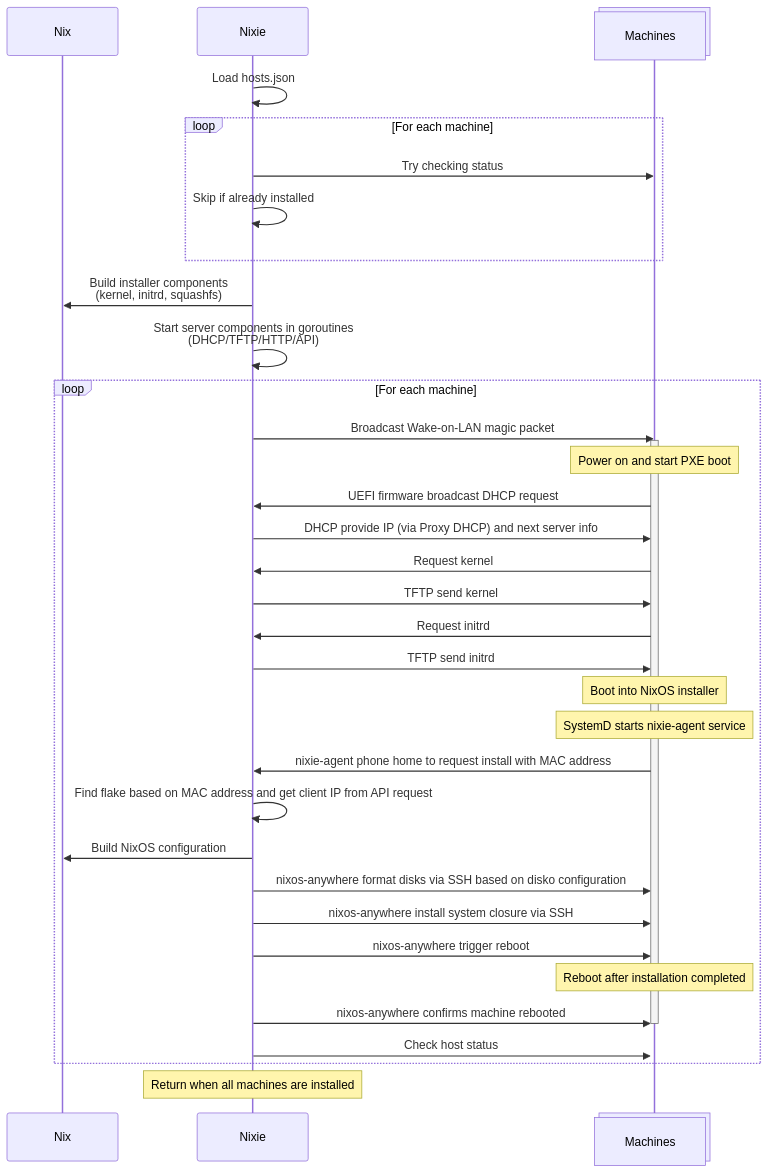
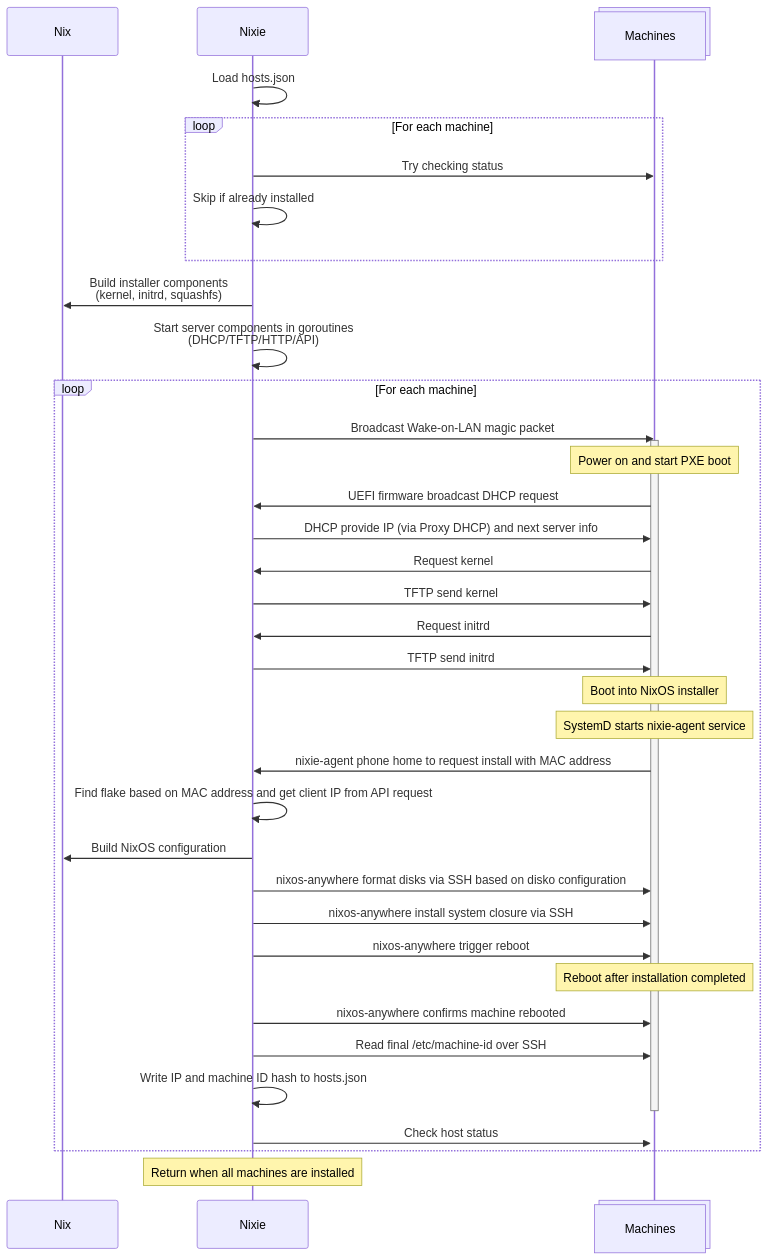
The diagram in README.md (khuedoan/nixie), drawn with Mermaid before and after one commit. The commit also changed other lines of this file, not shown here.

````diff
--- a/README.md
+++ b/README.md
@@ -66,51 +90,53 @@
 ```mermaid
 sequenceDiagram
     participant Nix
     participant Nixie
     participant Machines@{ "type" : "collections" }
 
     Nixie->>Nixie: Load hosts.json
 
     loop For each machine
     Nixie->>Machines: Try checking status
     Nixie->>Nixie: Skip if already installed
     end
 
     Nixie->>Nix: Build installer components<br/>(kernel, initrd, squashfs)
     Nixie->>Nixie: Start server components in goroutines<br/>(DHCP/TFTP/HTTP/API)
 
     loop For each machine
         Nixie->>Machines: Broadcast Wake-on-LAN magic packet
 
         activate Machines
 
         Note over Machines: Power on and start PXE boot
 
         Machines->>Nixie: UEFI firmware broadcast DHCP request
         Nixie->>Machines: DHCP provide IP (via Proxy DHCP) and next server info
         Machines->>Nixie: Request kernel
         Nixie->>Machines: TFTP send kernel
         Machines->>Nixie: Request initrd
         Nixie->>Machines: TFTP send initrd
 
         Note over Machines: Boot into NixOS installer
         Note over Machines: SystemD starts nixie-agent service
         Machines->>Nixie: nixie-agent phone home to request install with MAC address
         Nixie->>Nixie: Find flake based on MAC address and get client IP from API request
         Nixie->>Nix: Build NixOS configuration
         Nixie->>Machines: nixos-anywhere format disks via SSH based on disko configuration
         Nixie->>Machines: nixos-anywhere install system closure via SSH
         Nixie->>Machines: nixos-anywhere trigger reboot
 
         Note over Machines: Reboot after installation completed
 
         Nixie->>Machines: nixos-anywhere confirms machine rebooted
+        Nixie->>Machines: Read final /etc/machine-id over SSH
+        Nixie->>Nixie: Write IP and machine ID hash to hosts.json
         deactivate Machines
 
         activate Machines
 
         Nixie->>Machines: Check host status
     end
 
     Note over Nixie: Return when all machines are installed
 ```
````
